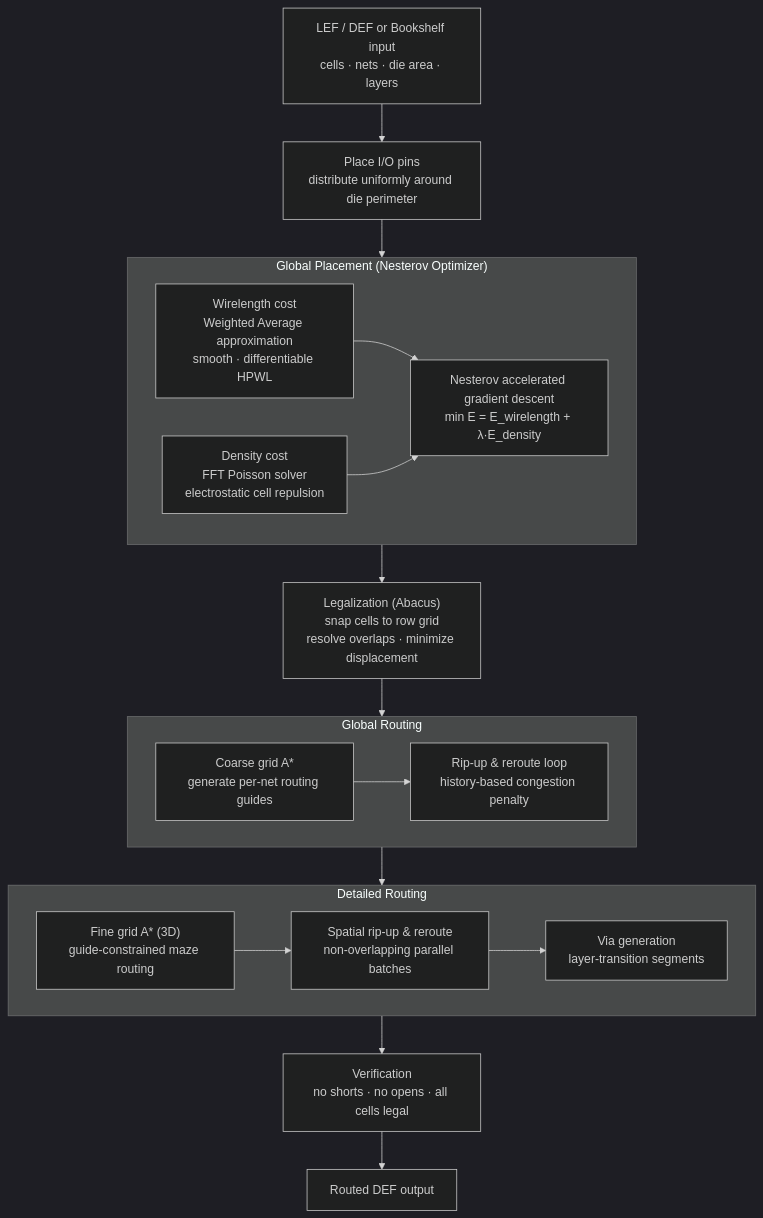
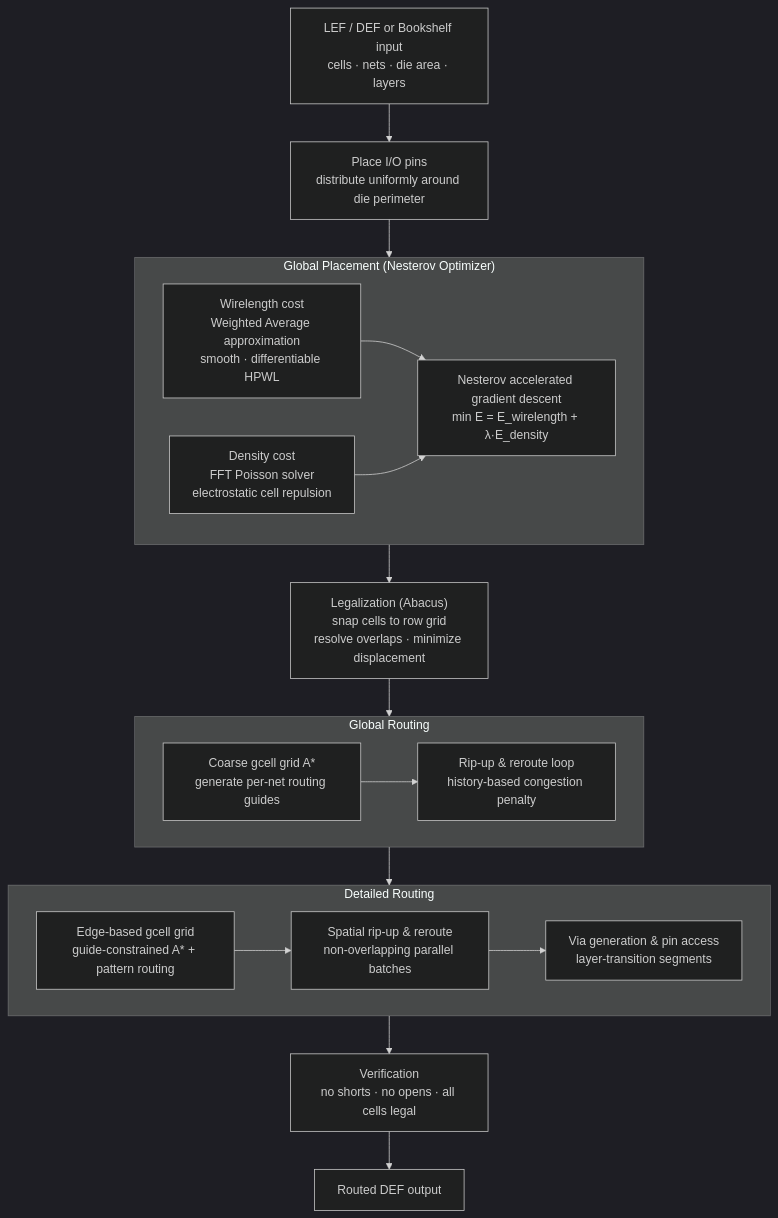
The diagram in README.md (willmccallion/vlsi-physical-design), drawn with Mermaid (dark theme) before and after one commit. The commit also changed other lines of this file and 17 other files, not shown here.

First line of the commit message:
Route IBM01 benchmark to completion with pattern routing and grid rework

````diff
--- a/README.md
+++ b/README.md
@@ -15,32 +15,32 @@
 ```mermaid
 flowchart TD
     INPUT["LEF / DEF or Bookshelf input<br/>cells · nets · die area · layers"]
     IO["Place I/O pins<br/>distribute uniformly around die perimeter"]
 
     subgraph GP["Global Placement (Nesterov Optimizer)"]
         WL["Wirelength cost<br/>Weighted Average approximation<br/>smooth · differentiable HPWL"]
         DENS["Density cost<br/>FFT Poisson solver<br/>electrostatic cell repulsion"]
         OPT["Nesterov accelerated gradient descent<br/>min E = E_wirelength + λ·E_density"]
     end
 
     LEG["Legalization (Abacus)<br/>snap cells to row grid<br/>resolve overlaps · minimize displacement"]
 
     subgraph GR["Global Routing"]
-        GRA["Coarse grid A*<br/>generate per-net routing guides"]
+        GRA["Coarse gcell grid A*<br/>generate per-net routing guides"]
         GRR["Rip-up & reroute loop<br/>history-based congestion penalty"]
     end
 
     subgraph DR["Detailed Routing"]
-        DRA["Fine grid A* (3D)<br/>guide-constrained maze routing"]
+        DRA["Edge-based gcell grid<br/>guide-constrained A* + pattern routing"]
         DRR["Spatial rip-up & reroute<br/>non-overlapping parallel batches"]
-        VIA["Via generation<br/>layer-transition segments"]
+        VIA["Via generation & pin access<br/>layer-transition segments"]
     end
 
     VER["Verification<br/>no shorts · no opens · all cells legal"]
     OUT["Routed DEF output"]
 
     INPUT --> IO --> GP --> LEG --> GR --> DR --> VER --> OUT
     WL & DENS --> OPT
     GRA --> GRR
     DRA --> DRR --> VIA
 ```
````
